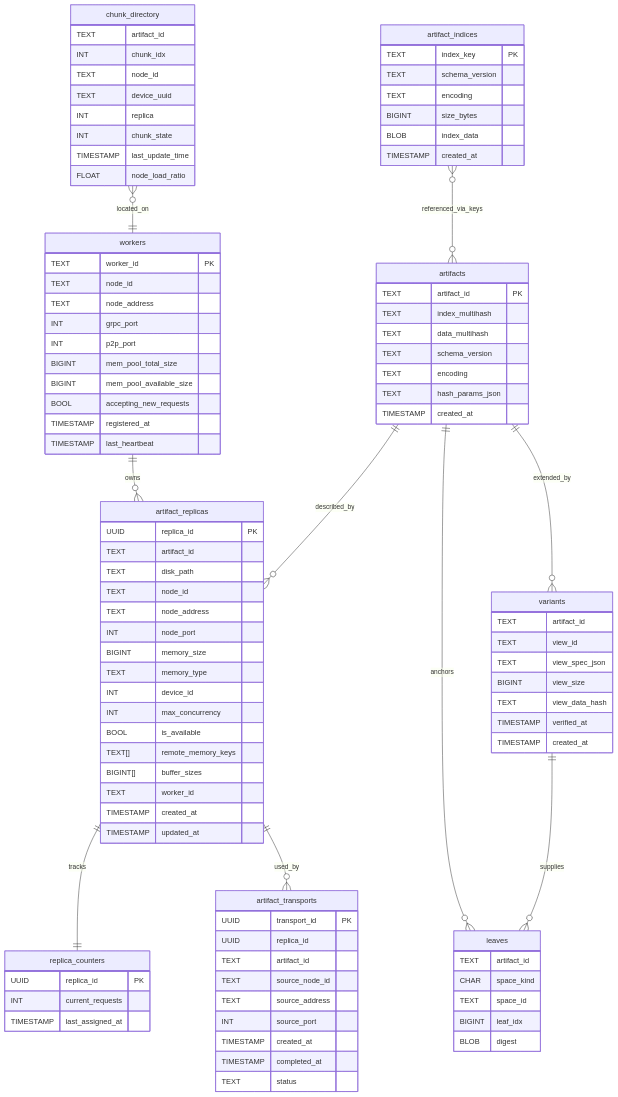
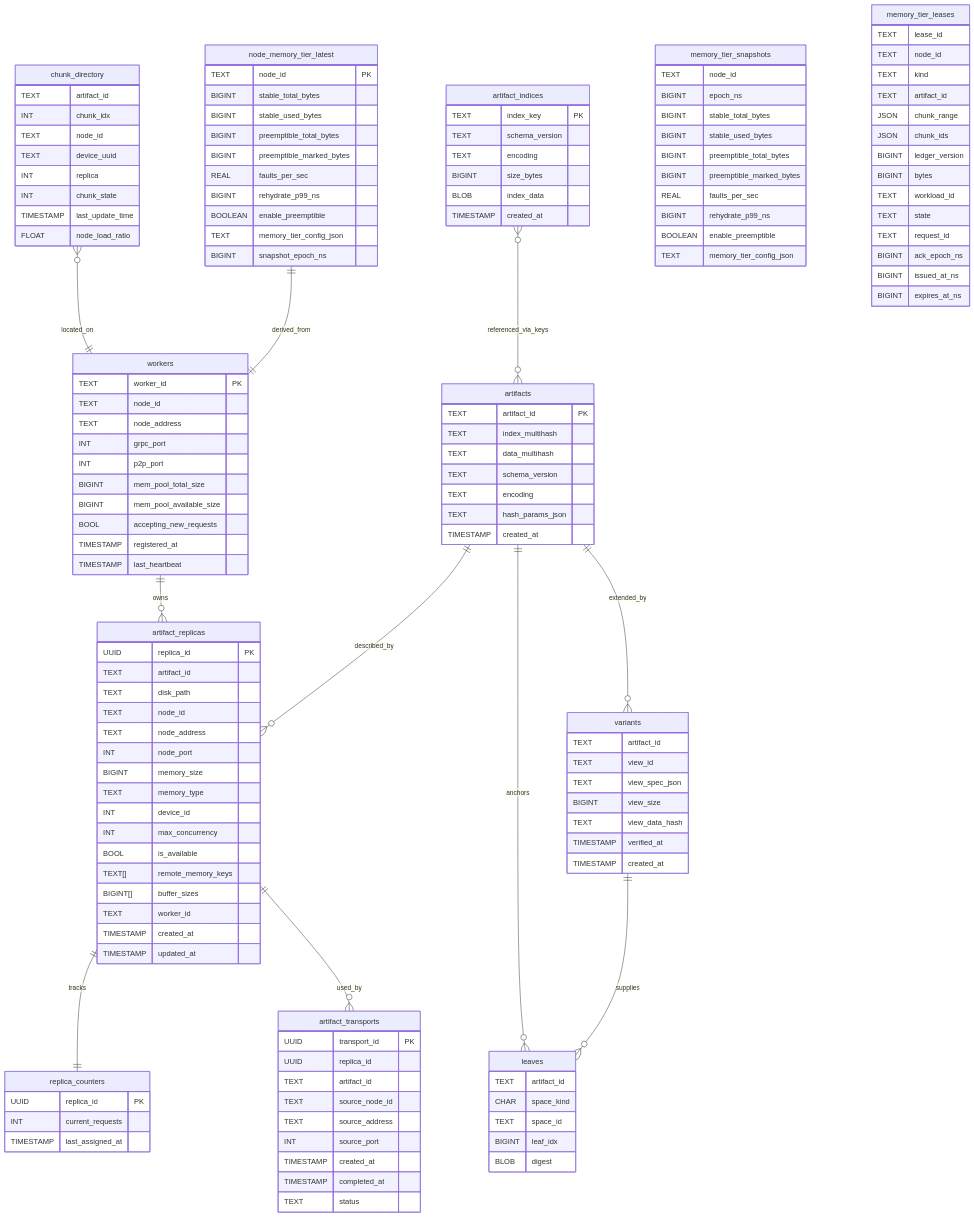
The second of 5 diagrams in tensorcast/global_store/README.md (tensorcast-ai/tensorcast), drawn with Mermaid before and after one commit. The commit also changed other lines of this file and 85 other files, not shown here.

Commit message:
feat(store): introduce memory tier management with telemetry and lease services

````diff
--- a/tensorcast/global_store/README.md
+++ b/tensorcast/global_store/README.md
@@ -89,6 +103,7 @@
   artifacts ||--o{ leaves : anchors
   chunk_directory }o--|| workers : located_on
   variants ||--o{ leaves : supplies
+  node_memory_tier_latest ||--|| workers : derived_from
 
   workers {
     TEXT worker_id PK
@@ -101,6 +116,19 @@
     BOOL accepting_new_requests
     TIMESTAMP registered_at
     TIMESTAMP last_heartbeat
+  }
+
+  node_memory_tier_latest {
+    TEXT node_id PK
+    BIGINT stable_total_bytes
+    BIGINT stable_used_bytes
+    BIGINT preemptible_total_bytes
+    BIGINT preemptible_marked_bytes
+    REAL faults_per_sec
+    BIGINT rehydrate_p99_ns
+    BOOLEAN enable_preemptible
+    TEXT memory_tier_config_json
+    BIGINT snapshot_epoch_ns
   }
 
   artifact_replicas {
@@ -187,4 +215,34 @@
     TIMESTAMP last_update_time
     FLOAT node_load_ratio
   }
+
+  memory_tier_snapshots {
+    TEXT node_id
+    BIGINT epoch_ns
+    BIGINT stable_total_bytes
+    BIGINT stable_used_bytes
+    BIGINT preemptible_total_bytes
+    BIGINT preemptible_marked_bytes
+    REAL faults_per_sec
+    BIGINT rehydrate_p99_ns
+    BOOLEAN enable_preemptible
+    TEXT memory_tier_config_json
+  }
+
+  memory_tier_leases {
+    TEXT lease_id
+    TEXT node_id
+    TEXT kind
+    TEXT artifact_id
+    JSON chunk_range
+    JSON chunk_ids
+    BIGINT ledger_version
+    BIGINT bytes
+    TEXT workload_id
+    TEXT state
+    TEXT request_id
+    BIGINT ack_epoch_ns
+    BIGINT issued_at_ns
+    BIGINT expires_at_ns
+  }
 ```
````
